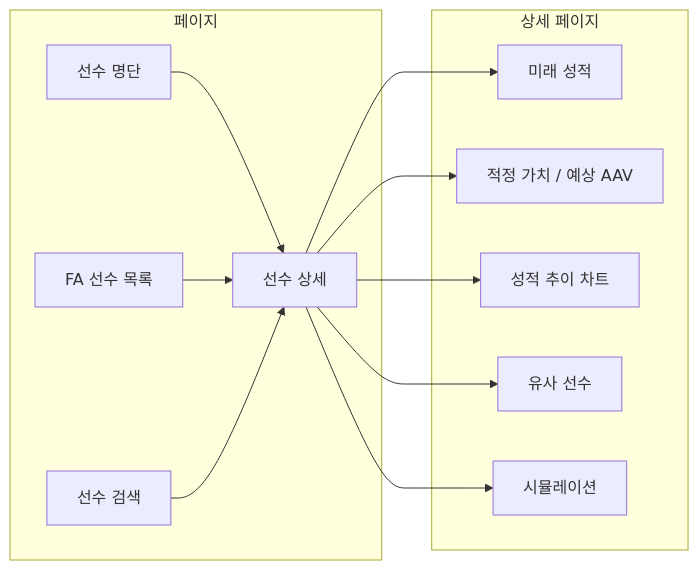
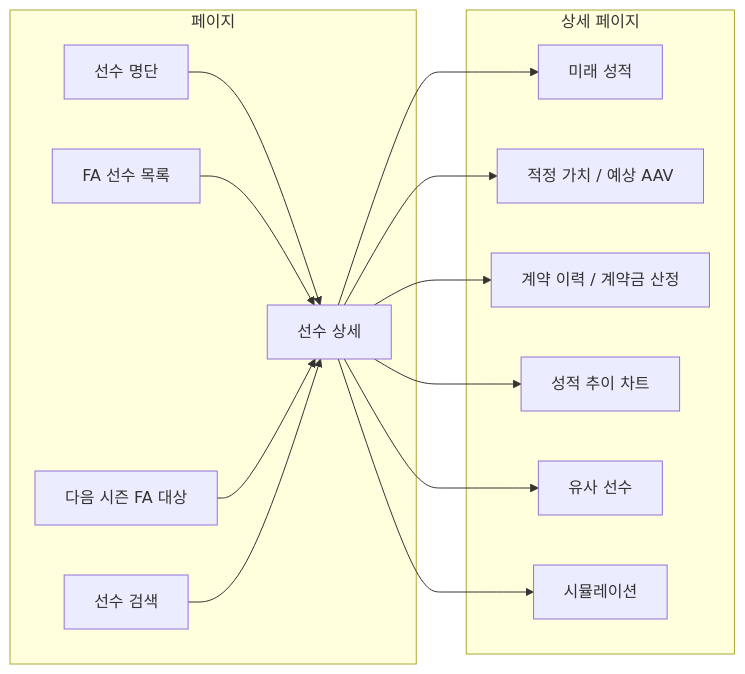
Before and after one commit to yechuk/backend: the eighth of 9 diagrams in ARCHITECTURE_TOBE.md, drawn with Mermaid. The commit also changed other lines of this file and 910 other files, not shown here.

````diff
--- a/ARCHITECTURE_TOBE.md
+++ b/ARCHITECTURE_TOBE.md
@@ -615,26 +816,30 @@
 ```mermaid
 flowchart LR
     subgraph pages [페이지]
         Roster[선수 명단]
         FA[FA 선수 목록]
+        NextFA[다음 시즌 FA 대상]
         Search[선수 검색]
         Detail[선수 상세]
     end
     
     subgraph detail [상세 페이지]
         Future[미래 성적]
         Value[적정 가치 / 예상 AAV]
+        Contract[계약 이력 / 계약금 산정]
         Chart[성적 추이 차트]
         Similar[유사 선수]
         Sim[시뮬레이션]
     end
     
     Roster --> Detail
     FA --> Detail
+    NextFA --> Detail
     Search --> Detail
     Detail --> Future
     Detail --> Value
+    Detail --> Contract
     Detail --> Chart
     Detail --> Similar
     Detail --> Sim
 ```
````
